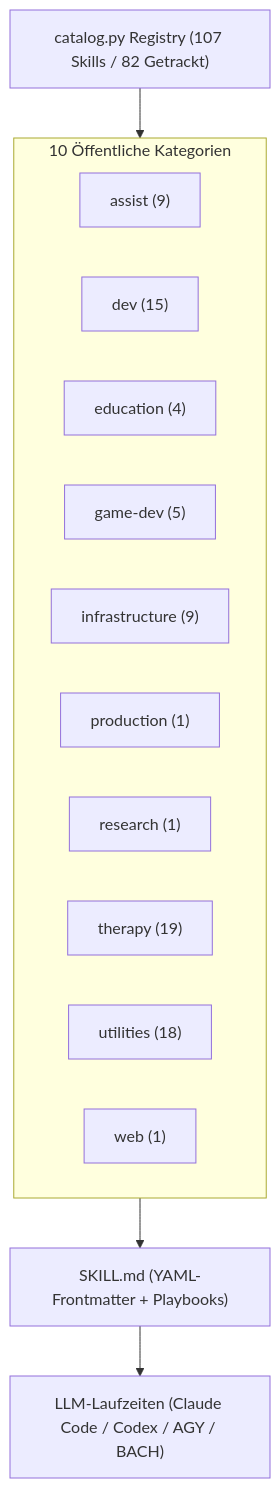
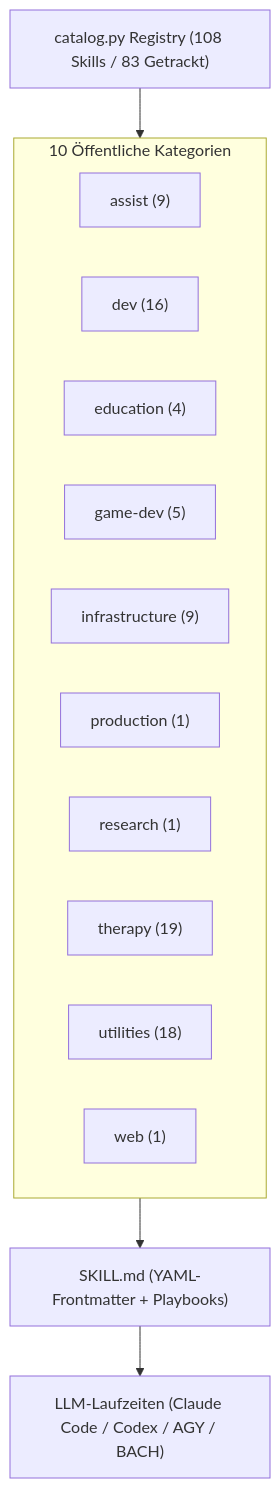
Before and after one commit to ellmos-ai/skills: the diagram in README_de.md, drawn with Mermaid. The commit also changed other lines of this file and 7 other files, not shown here.

````diff
--- a/README_de.md
+++ b/README_de.md
@@ -31,18 +31,18 @@
 ```mermaid
 flowchart TD
-    Catalog["catalog.py Registry (107 Skills / 82 Getrackt)"] --> Categories
+    Catalog["catalog.py Registry (108 Skills / 83 Getrackt)"] --> Categories
     subgraph Categories ["10 Öffentliche Kategorien"]
         Assist["assist (9)"]
-        Dev["dev (15)"]
+        Dev["dev (16)"]
         Edu["education (4)"]
         Game["game-dev (5)"]
         Infra["infrastructure (9)"]
         Prod["production (1)"]
         Res["research (1)"]
         Therapy["therapy (19)"]
         Utils["utilities (18)"]
         Web["web (1)"]
     end
     Categories --> Specs["SKILL.md (YAML-Frontmatter + Playbooks)"]
     Specs --> Runtimes["LLM-Laufzeiten (Claude Code / Codex / AGY / BACH)"]
 ```
````
